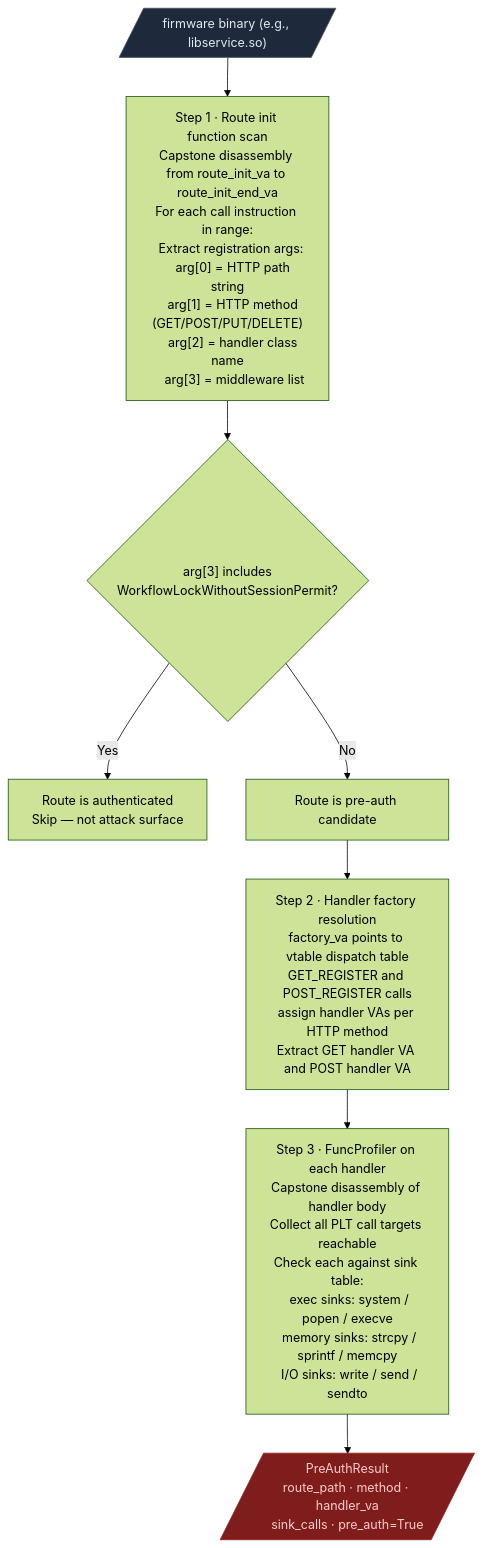
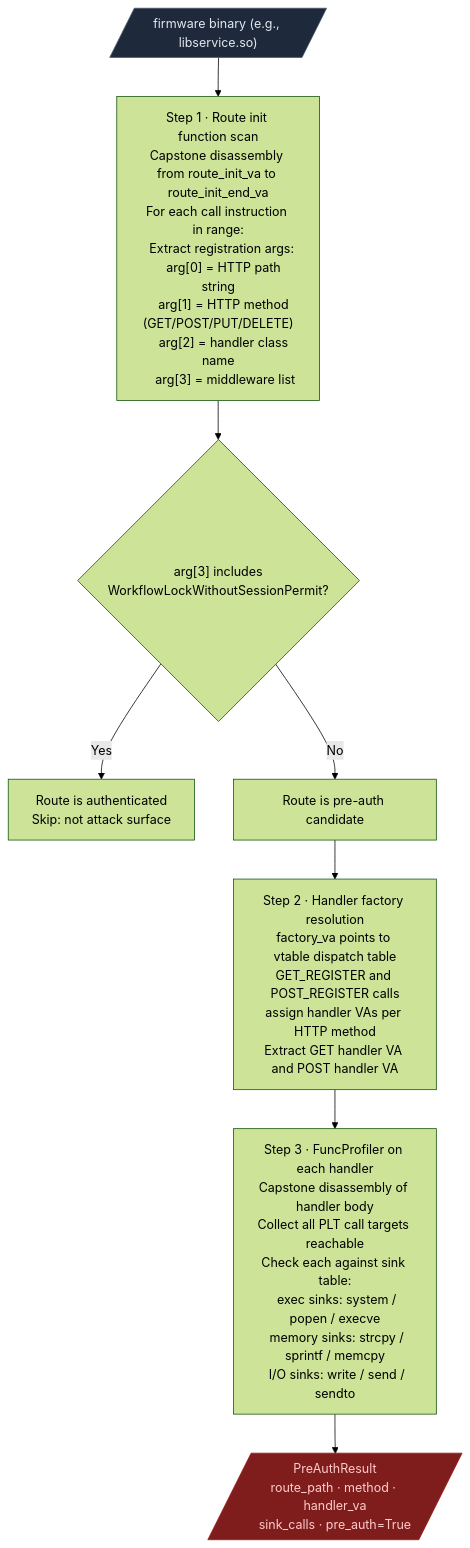
One commit to Ablation-Tool/ablation changed the first of 2 diagrams in docs/module-reference/preauth-exposure.md. Above: the diagram before and after it, drawn with Mermaid (forest theme). The commit also changed other lines of this file and 53 other files, not shown here.

````diff
--- a/docs/module-reference/preauth-exposure.md
+++ b/docs/module-reference/preauth-exposure.md
@@ -22,17 +22,17 @@
 ```mermaid
 flowchart TD
     A[/"firmware binary (e.g., libservice.so)"/] --> B["Step 1 · Route init function scan\nCapstone disassembly from route_init_va to route_init_end_va\nFor each call instruction in range:\n  Extract registration args:\n    arg[0] = HTTP path string\n    arg[1] = HTTP method (GET/POST/PUT/DELETE)\n    arg[2] = handler class name\n    arg[3] = middleware list"]
 
     B --> C{"arg[3] includes\nWorkflowLockWithoutSessionPermit?"}
-    C -->|Yes| D["Route is authenticated\nSkip — not attack surface"]
+    C -->|Yes| D["Route is authenticated\nSkip: not attack surface"]
     C -->|No| E["Route is pre-auth candidate"]
 
     E --> F["Step 2 · Handler factory resolution\nfactory_va points to vtable dispatch table\nGET_REGISTER and POST_REGISTER calls\nassign handler VAs per HTTP method\nExtract GET handler VA and POST handler VA"]
 
     F --> G["Step 3 · FuncProfiler on each handler\nCapstone disassembly of handler body\nCollect all PLT call targets reachable\nCheck each against sink table:\n  exec sinks: system / popen / execve\n  memory sinks: strcpy / sprintf / memcpy\n  I/O sinks: write / send / sendto"]
 
     G --> H[/"PreAuthResult\nroute_path · method · handler_va\nsink_calls · pre_auth=True"/]
 
     style A fill:#1e293b,stroke:#475569,color:#e2e8f0
     style H fill:#7f1d1d,stroke:#991b1b,color:#fecaca
 ```
````
